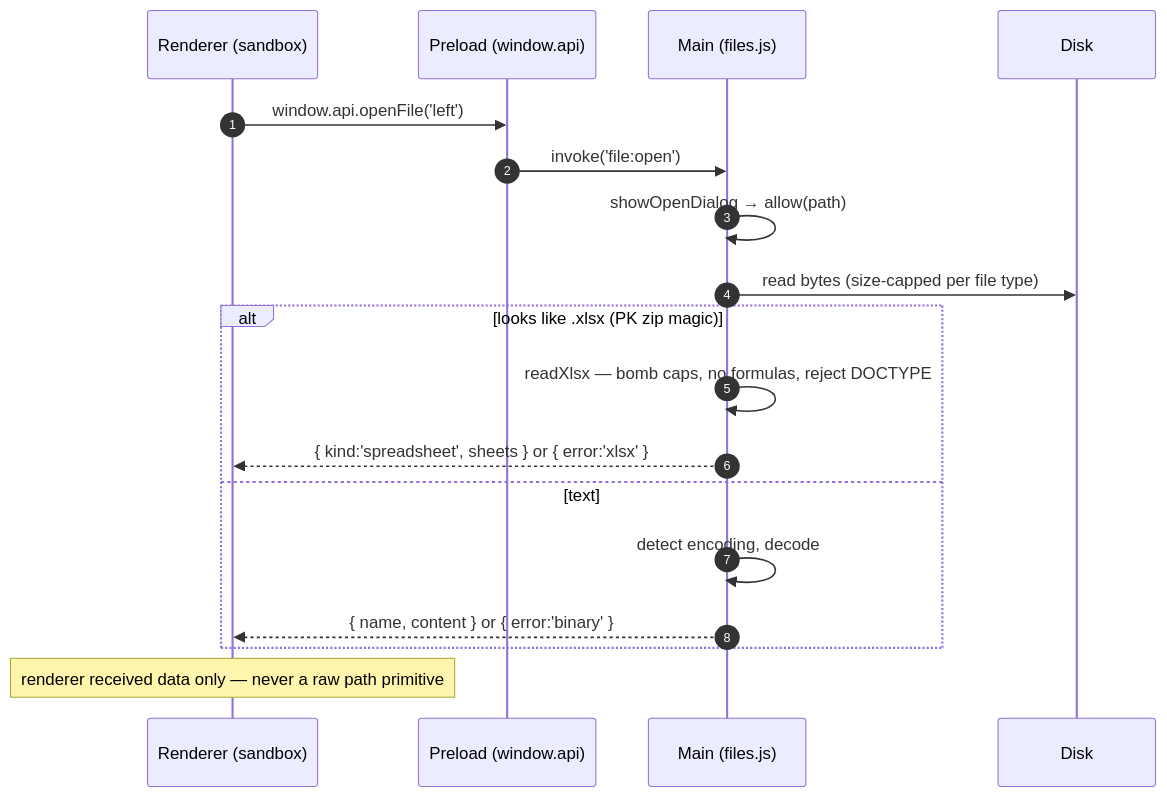
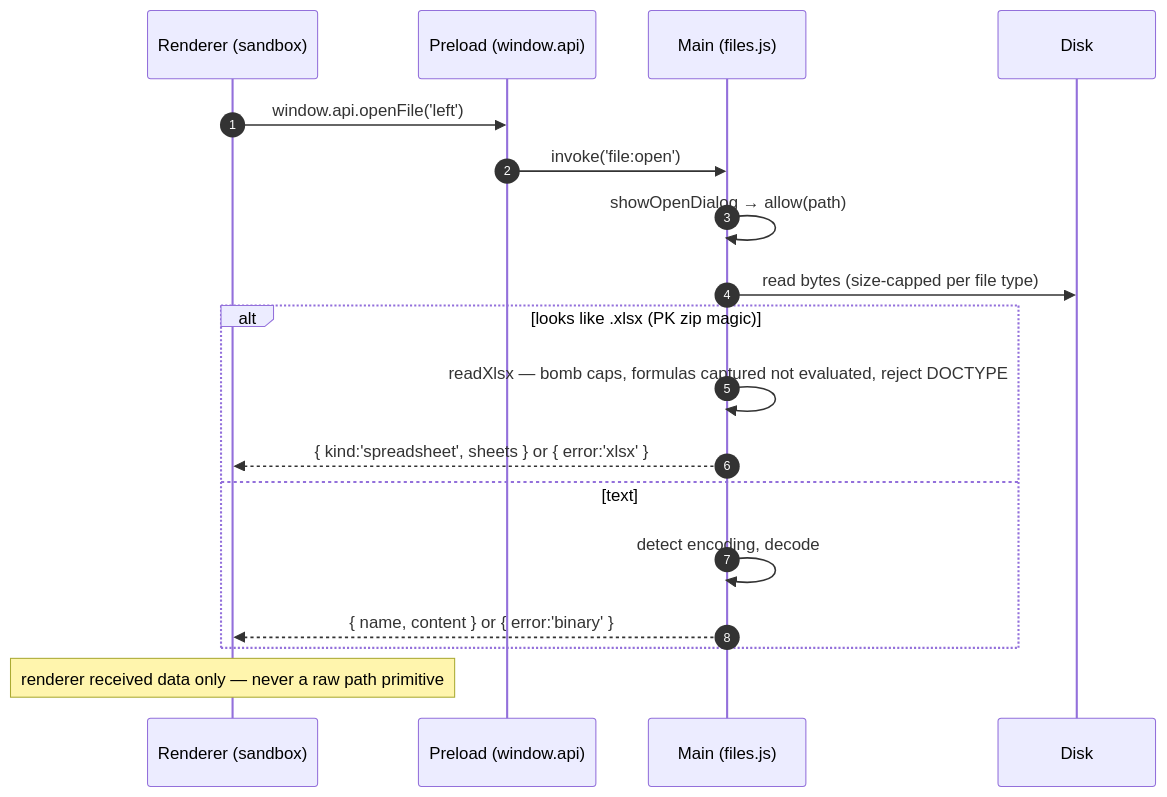
One commit to mindaugaskasp/diff-bro changed the second of 4 diagrams in docs/ipc-security.md. Above: the diagram before and after it, drawn with Mermaid. The commit also changed other lines of this file and 73 other files, not shown here.

````diff
--- a/docs/ipc-security.md
+++ b/docs/ipc-security.md
@@ -99,21 +100,21 @@
 ```mermaid
 sequenceDiagram
   autonumber
   participant R as Renderer (sandbox)
   participant P as Preload (window.api)
   participant M as Main (files.js)
   participant D as Disk
 
   R->>P: window.api.openFile('left')
   P->>M: invoke('file:open')
   M->>M: showOpenDialog → allow(path)
   M->>D: read bytes (size-capped per file type)
   alt looks like .xlsx (PK zip magic)
-    M->>M: readXlsx — bomb caps, no formulas, reject DOCTYPE
+    M->>M: readXlsx — bomb caps, formulas captured not evaluated, reject DOCTYPE
     M-->>R: { kind:'spreadsheet', sheets } or { error:'xlsx' }
   else text
     M->>M: detect encoding, decode
     M-->>R: { name, content } or { error:'binary' }
   end
   Note over R: renderer received data only — never a raw path primitive
 ```
````
